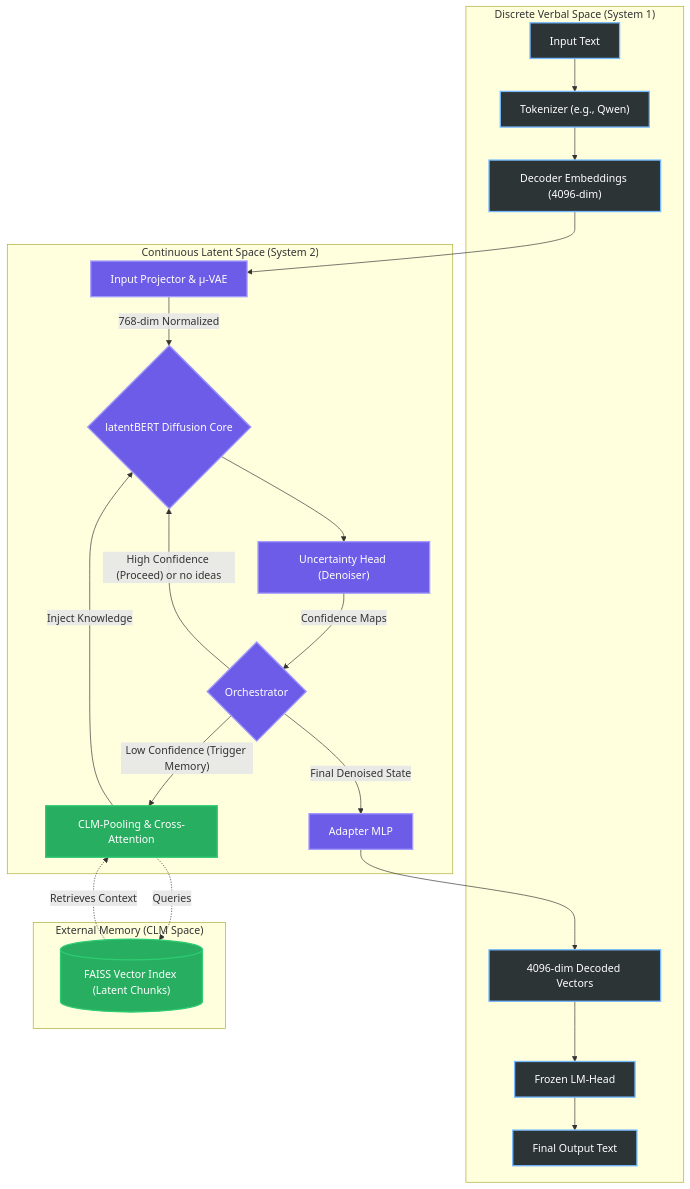
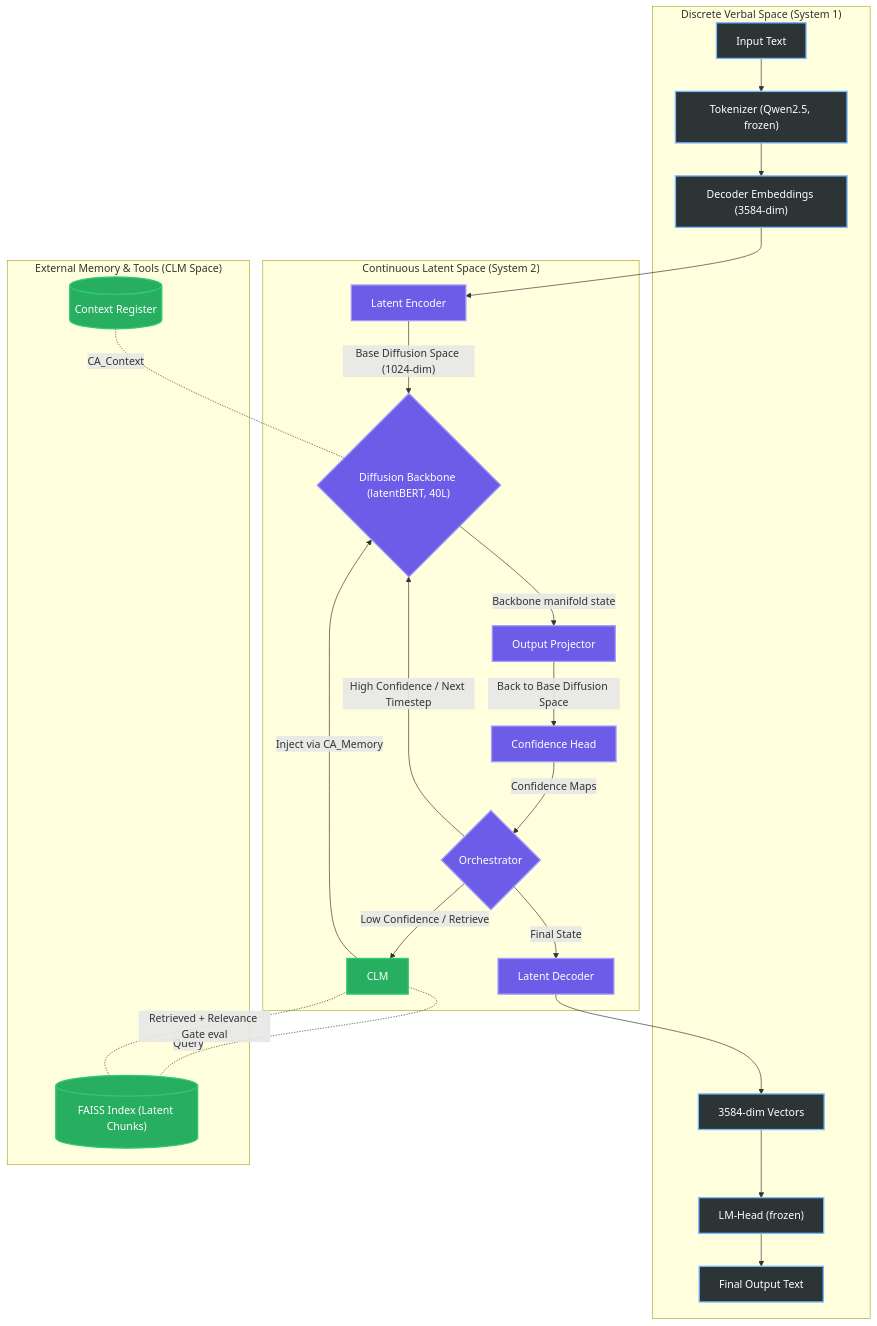
Before and after one commit to Laeryid/BEBLaDII: the diagram in README.md, drawn with Mermaid. The commit also changed other lines of this file and 13 other files, not shown here.

````diff
--- a/README.md
+++ b/README.md
@@ -25,39 +25,38 @@
 ```mermaid
 graph TD
     classDef verbal fill:#2d3436,stroke:#74b9ff,stroke-width:2px,color:#fff
     classDef latent fill:#6c5ce7,stroke:#a29bfe,stroke-width:2px,color:#fff
     classDef clm fill:#27ae60,stroke:#2ecc71,stroke-width:2px,color:#fff
 
     subgraph "Discrete Verbal Space (System 1)"
-        A["Input Text"] --> B["Tokenizer (e.g., Qwen)"]
-        B --> C["Decoder Embeddings (4096-dim)"]
-        
-        K["4096-dim Decoded Vectors"] --> L["Frozen LM-Head"]
+        A["Input Text"] --> B["Tokenizer (Qwen2.5, frozen)"]
+        B --> C["Decoder Embeddings (3584-dim)"]
+        K["3584-dim Vectors"] --> L["LM-Head (frozen)"]
         L --> M["Final Output Text"]
     end
 
     subgraph "Continuous Latent Space (System 2)"
-        C --> D["Input Projector & μ-VAE"]
-        D -->|"768-dim Normalized"| E{"latentBERT Diffusion Core"}
+        C --> D["Latent Encoder"]
+        D -->|"Base Diffusion Space (1024-dim)"| E{"Diffusion Backbone (latentBERT, 40L)"}
         
-        E --> F["Uncertainty Head (Denoiser)"]
+        E -->|Backbone manifold state| OP["Output Projector"]
+        OP -->|"Back to Base Diffusion Space"| F["Confidence Head"]
+        
         F -->|"Confidence Maps"| G{"Orchestrator"}
-        
-        G -->|"High Confidence (Proceed) or no ideas"| E
-        G -->|"Low Confidence (Trigger Memory)"| H["CLM-Pooling & Cross-Attention"]
-        
-        H -->|"Inject Knowledge"| E
-        
-        G -->|"Final Denoised State"| J["Adapter MLP"]
+        G -->|"High Confidence / Next Timestep"| E
+        G -->|"Low Confidence / Retrieve"| H["CLM"]
+        H -->|"Inject via CA_Memory"| E
+        G -->|"Final State"| J["Latent Decoder"]
         J --> K
     end
-    
-    subgraph "External Memory (CLM Space)"
-        H -.->|"Queries"| I[("FAISS Vector Index (Latent Chunks)")]
-        I -.->|"Retrieves Context"| H
+
+    subgraph "External Memory & Tools (CLM Space)"
+        H -.-|"Query"| I[("FAISS Index (Latent Chunks)")]
+        I -.-|"Retrieved + Relevance Gate eval"| H
+        TC[("Context Register")] -.-|"CA_Context"| E
     end
 
     class A,B,C,K,L,M verbal
-    class D,E,F,G,J latent
-    class H,I clm
+    class D,E,F,G,J,OP latent
+    class H,I,TC clm
 ```
````
